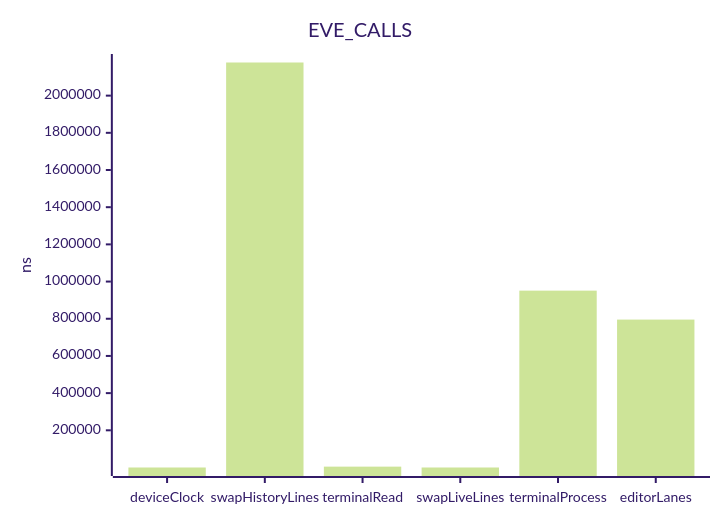
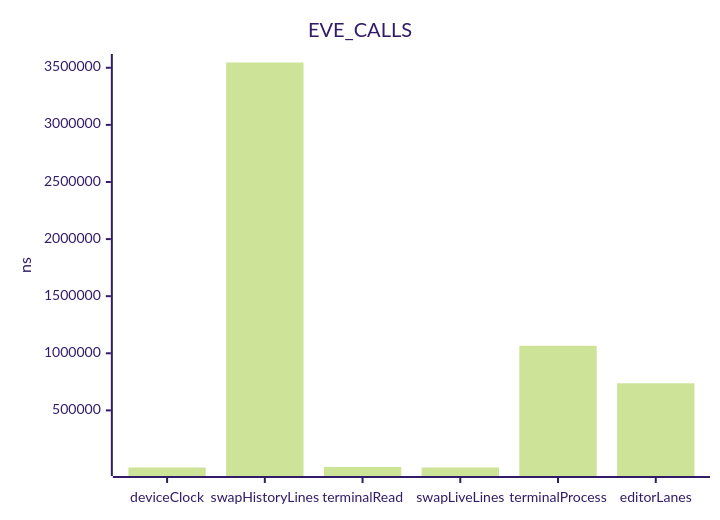
The third of 9 diagrams in benchmark/replay-report.md (jrengmusic/eve), drawn with Mermaid (forest theme) before and after one commit. The commit also changed other lines of this file and 6 other files, not shown here.

````diff
--- a/benchmark/replay-report.md
+++ b/benchmark/replay-report.md
@@ -1274,7 +1268,7 @@
 ```mermaid
 xychart-beta
 title "EVE_CALLS"
 x-axis ["deviceClock", "swapHistoryLines", "terminalRead", "swapLiveLines", "terminalProcess", "editorLanes"]
 y-axis "ns"
-bar [1.00542990111280273, 2178173.58419650932773948, 4639.28737627635382523, 1.00542990111280273, 951204.59122964623384178, 795533.13699172961059958]
+bar [1.00542990111280273, 3546126.32463722210377455, 5517.07355641014601133, 1.00542990111280273, 1065749.90793606755323708, 737450.91464738396462053]
 ```
````
